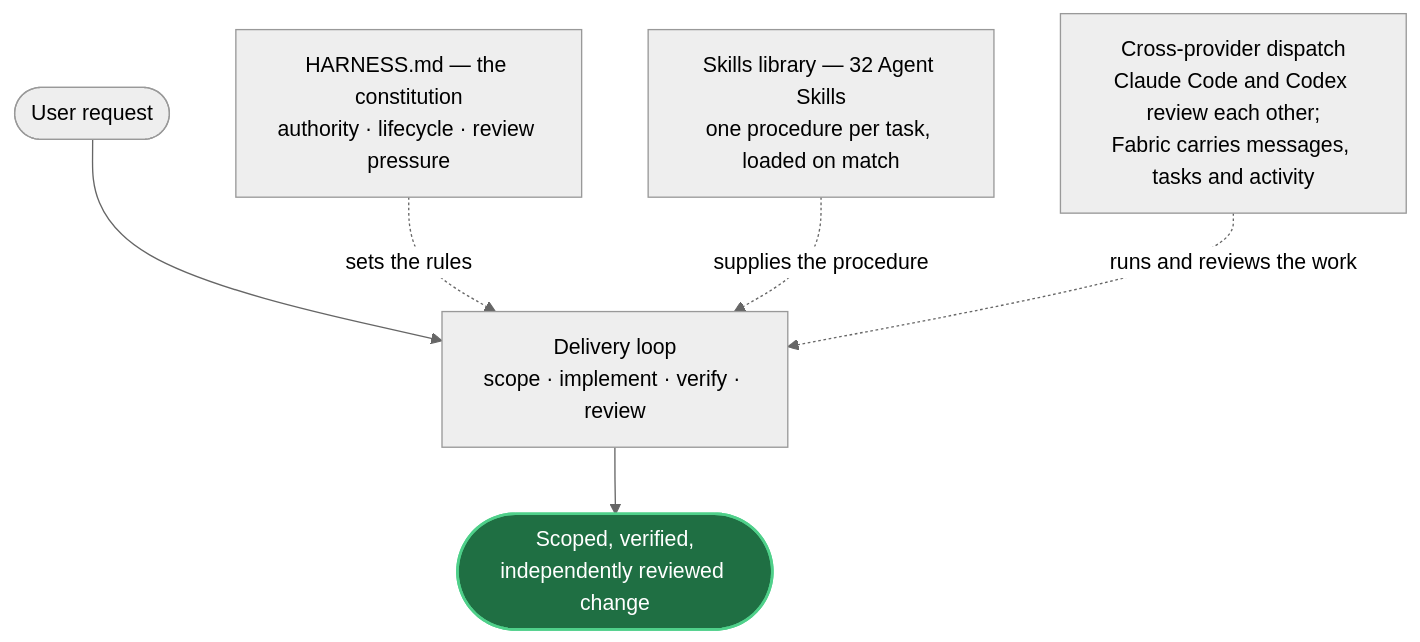
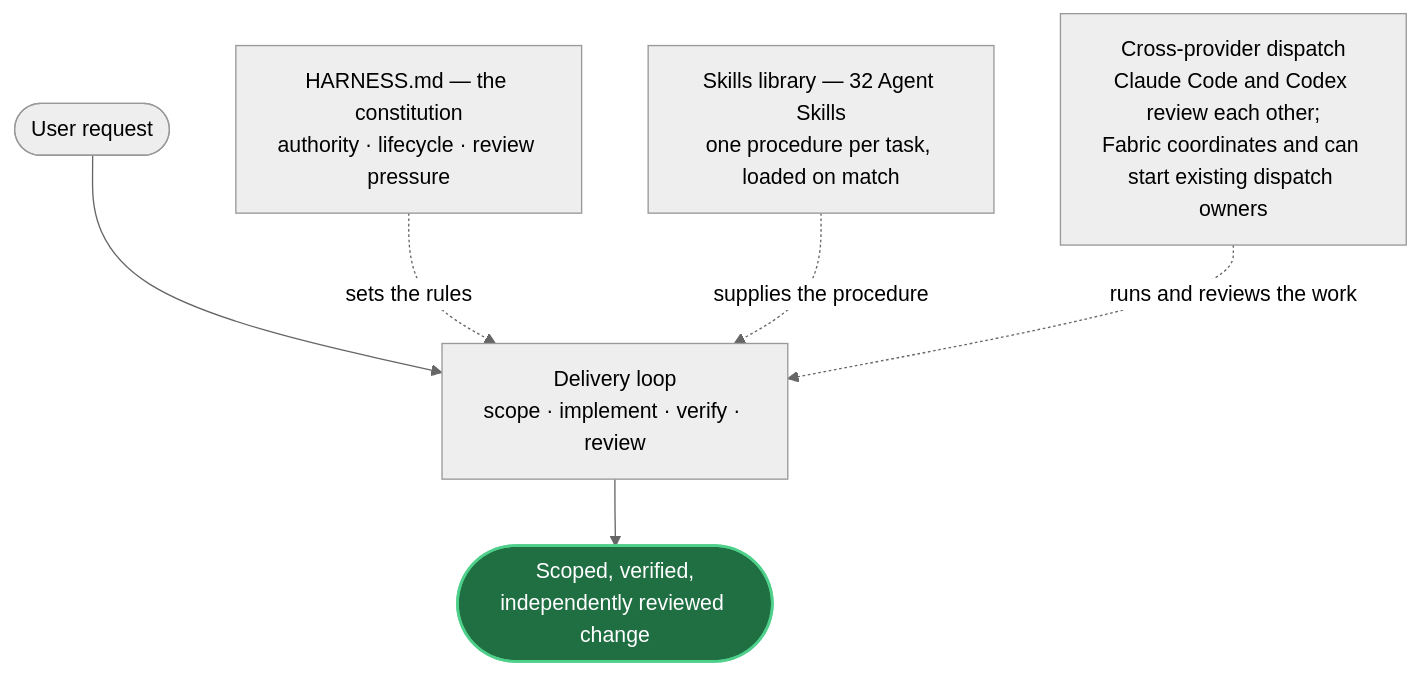
Before and after one commit to mblauberg/provenant: the first of 2 diagrams in README.md, drawn with Mermaid (neutral theme). The commit also changed other lines of this file and 15 other files, not shown here.

Commit message:
feat(fabric): add thin MCP dispatch front door

````diff
--- a/README.md
+++ b/README.md
@@ -37,12 +37,12 @@
 ```mermaid
 flowchart TB
     accTitle: The three parts and the delivery loop they serve
-    accDescr: A user request enters the delivery loop, which runs scope, implement, verify and review, and produces a scoped, verified, independently reviewed change. Three parts act on that loop concurrently rather than in sequence. HARNESS.md, the constitution, sets the rules — authority, lifecycle and review pressure. The skills library supplies the procedure, one SKILL.md per task loaded when the task matches. Cross-provider dispatch runs and reviews the work, with Claude Code and Codex as primaries reviewing each other and Fabric carrying the messages, tasks and activity between them.
+    accDescr: A user request enters the delivery loop, which runs scope, implement, verify and review, and produces a scoped, verified, independently reviewed change. Three parts act on that loop concurrently rather than in sequence. HARNESS.md, the constitution, sets the rules — authority, lifecycle and review pressure. The skills library supplies the procedure, one SKILL.md per task loaded when the task matches. Cross-provider dispatch runs and reviews the work, with Claude Code and Codex as primaries reviewing each other and Fabric providing messages, tasks, activity and a thin front door to the existing dispatch owners.
     U(["User request"]) --> LOOP["Delivery loop<br/>scope · implement · verify · review"]
     LOOP --> OUT(["Scoped, verified,<br/>independently reviewed change"])
     H["HARNESS.md — the constitution<br/>authority · lifecycle · review pressure"] -. "sets the rules" .-> LOOP
     SK["Skills library — 32 Agent Skills<br/>one procedure per task, loaded on match"] -. "supplies the procedure" .-> LOOP
-    F["Cross-provider dispatch<br/>Claude Code and Codex review each other;<br/>Fabric carries messages, tasks and activity"] -. "runs and reviews the work" .-> LOOP
+    F["Cross-provider dispatch<br/>Claude Code and Codex review each other;<br/>Fabric coordinates and can start existing dispatch owners"] -. "runs and reviews the work" .-> LOOP
     classDef out fill:#1f6f43,stroke:#4fd08a,color:#ffffff,stroke-width:2px
     class OUT out
 ```
````
